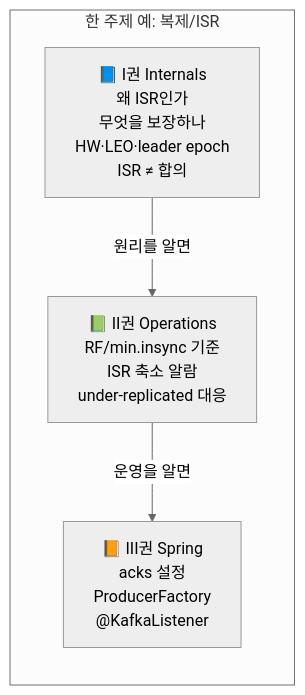
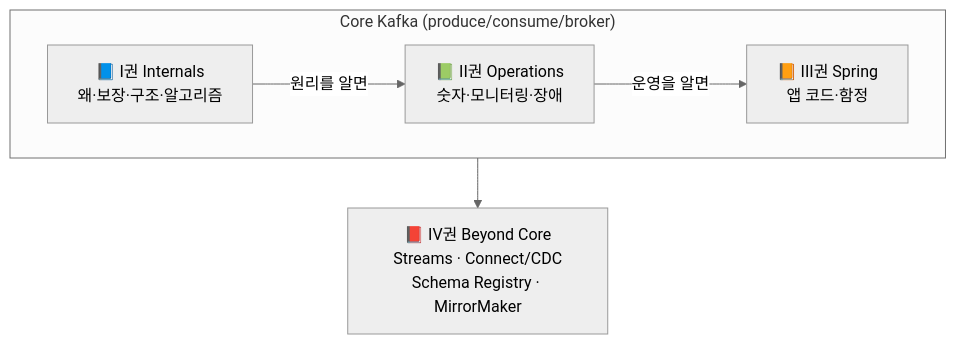
One commit to ghtjr410/kafka-lab changed the diagram in docs/book/README.md. Above: the diagram before and after it, drawn with Mermaid (neutral theme). The commit also changed other lines of this file and 4 other files, not shown here.

````diff
--- a/docs/book/README.md
+++ b/docs/book/README.md
@@ -39,10 +41,11 @@
 ```mermaid
-graph LR
-    subgraph 한 주제 예: 복제/ISR
-        I["📘 I권 Internals<br/>왜 ISR인가<br/>무엇을 보장하나<br/>HW·LEO·leader epoch<br/>ISR ≠ 합의"]
-        II["📗 II권 Operations<br/>RF/min.insync 기준<br/>ISR 축소 알람<br/>under-replicated 대응"]
-        III["📙 III권 Spring<br/>acks 설정<br/>ProducerFactory<br/>@KafkaListener"]
+graph TB
+    subgraph CORE["Core Kafka (produce/consume/broker)"]
+        I["📘 I권 Internals<br/>왜·보장·구조·알고리즘"]
+        II["📗 II권 Operations<br/>숫자·모니터링·장애"]
+        III["📙 III권 Spring<br/>앱 코드·함정"]
+        I -->|원리를 알면| II
+        II -->|운영을 알면| III
     end
-    I -->|"원리를 알면"| II
-    II -->|"운영을 알면"| III
+    CORE --> IV["📕 IV권 Beyond Core<br/>Streams · Connect/CDC<br/>Schema Registry · MirrorMaker"]
 ```
````
